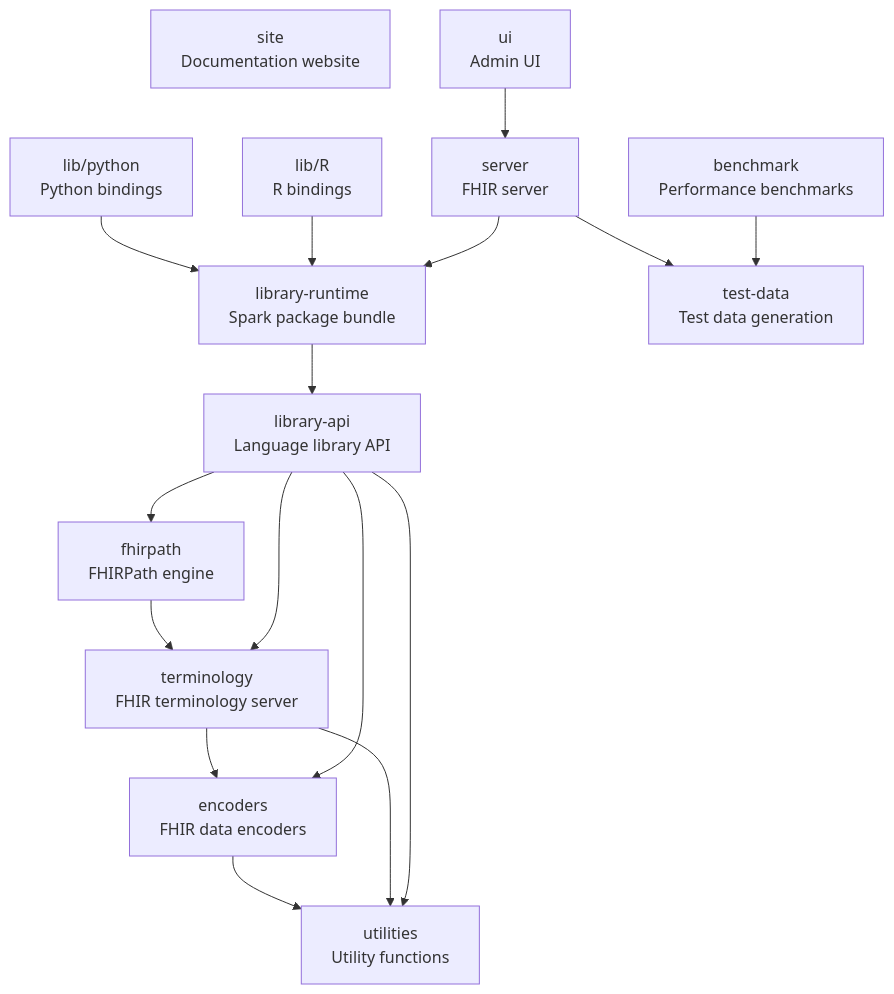
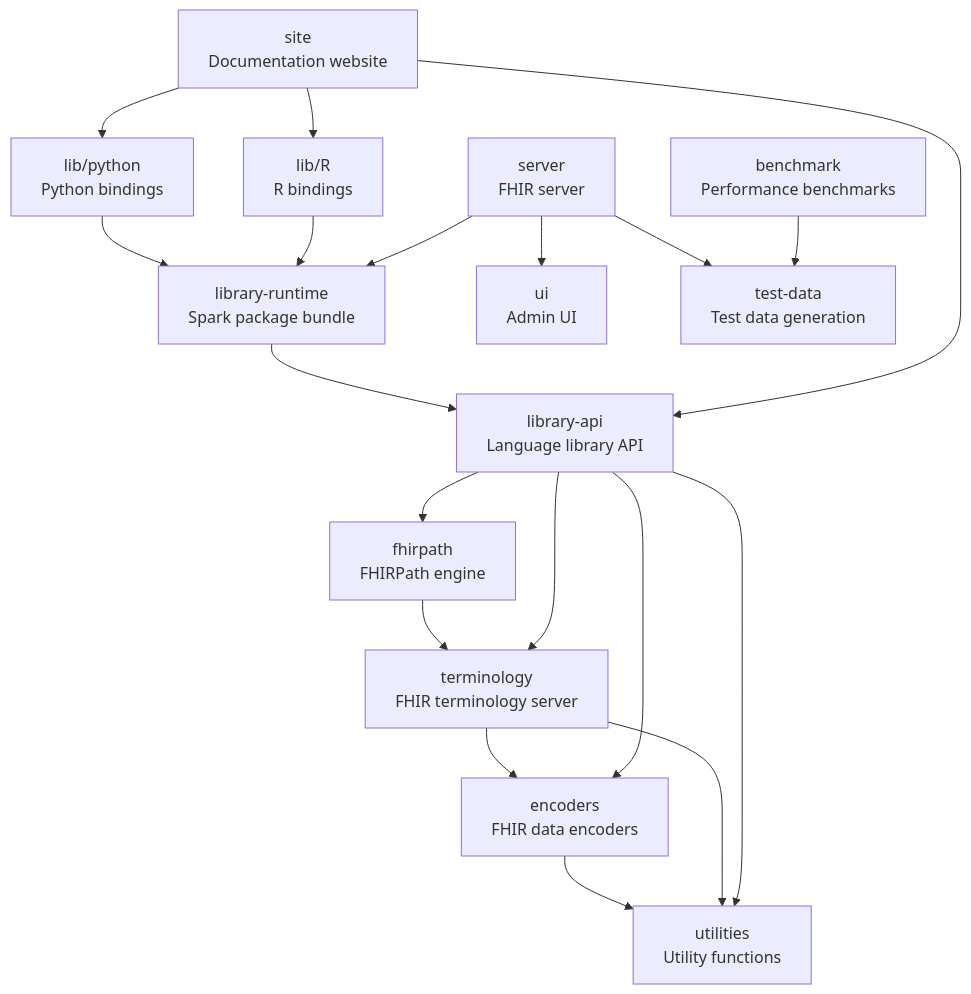
The diagram in CONTRIBUTING.md (aehrc/pathling), drawn with Mermaid before and after one commit.

Commit message:
docs: Fix module dependency diagram in CONTRIBUTING.md
Correct the direction of the server/UI dependency and add missing
site module dependencies on library-api, python and R.

````diff
--- a/CONTRIBUTING.md
+++ b/CONTRIBUTING.md
@@ -48,32 +48,35 @@
 ```mermaid
 graph TD
     utilities[utilities<br/>Utility functions]
     encoders[encoders<br/>FHIR data encoders]
     terminology[terminology<br/>FHIR terminology server]
     fhirpath[fhirpath<br/>FHIRPath engine]
     library-api[library-api<br/>Language library API]
     library-runtime[library-runtime<br/>Spark package bundle]
     python[lib/python<br/>Python bindings]
     r[lib/R<br/>R bindings]
     site[site<br/>Documentation website]
     benchmark[benchmark<br/>Performance benchmarks]
     server[server<br/>FHIR server]
     ui[ui<br/>Admin UI]
     test-data[test-data<br/>Test data generation]
 
     encoders --> utilities
     terminology --> utilities
     terminology --> encoders
     fhirpath --> terminology
     library-api --> utilities
     library-api --> encoders
     library-api --> terminology
     library-api --> fhirpath
     library-runtime --> library-api
     python --> library-runtime
     r --> library-runtime
     server --> library-runtime
     server --> test-data
-    ui --> server
+    server --> ui
+    site --> library-api
+    site --> python
+    site --> r
     benchmark --> test-data
 ```
````
